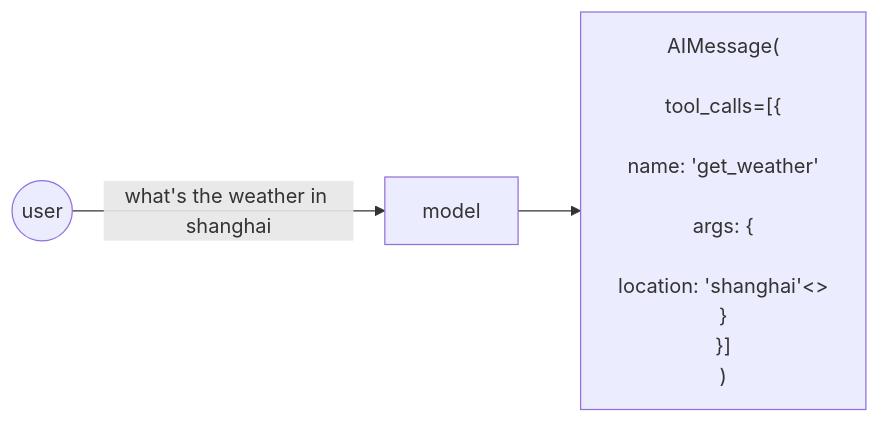
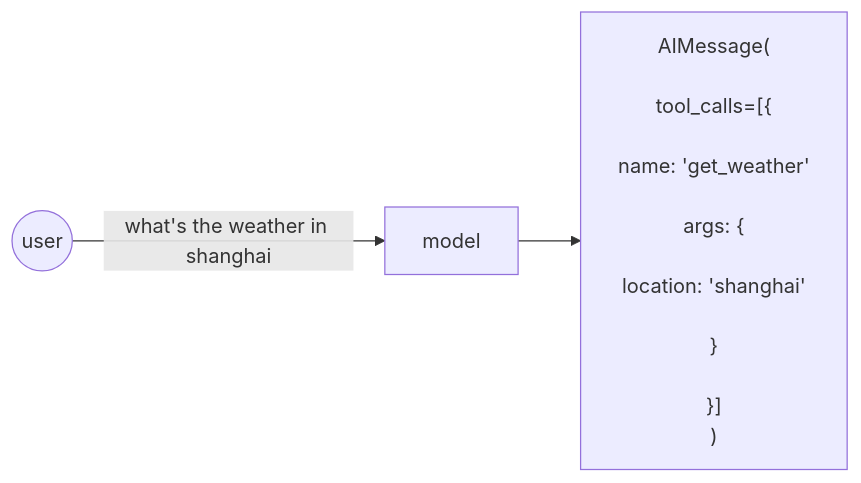
The diagram in all/未命名-28.md (ka1fe1/iodraw-files), drawn with Mermaid before and after one commit.

Commit message:
2024-10-22 17:45:52 update

````diff
--- a/all/未命名-28.md
+++ b/all/未命名-28.md
@@ -1,15 +1,15 @@
 ```mermaid
 flowchart LR
     s1((user))
     s2["model"]
     s3["AIMessage(<br>
         tool_calls=[{<br>
             name: 'get_weather'<br>
             args: {<br>
-                location: 'shanghai'<>
-            }
+                location: 'shanghai'<br>
+            }<br>
         }]
     )"]
 
     s1 -->|what's the weather in shanghai| s2 --> s3
 ```
````
